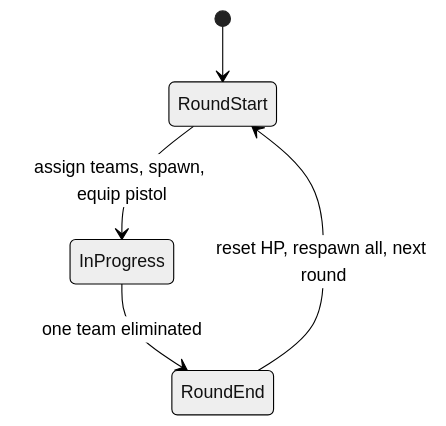
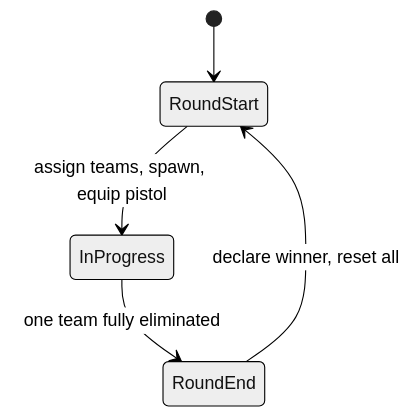
The diagram in specs/current/design.md (MaxiGarcia13/conter-strai), drawn with Mermaid (neutral theme) before and after one commit. The commit also changed other lines of this file and 6 other files, not shown here.

Commit message:
Refine game specifications for Conter Strai; update changelog to clarify round-based PvP mechanics, including win conditions and team elimination rules. Adjust design and requirements documents to ensure consistency in gameplay flow and player interactions.

````diff
--- a/specs/current/design.md
+++ b/specs/current/design.md
@@ -13,7 +13,7 @@
 ```mermaid
 stateDiagram-v2
   [*] --> RoundStart
   RoundStart --> InProgress: assign teams, spawn, equip pistol
-  InProgress --> RoundEnd: one team eliminated
-  RoundEnd --> RoundStart: reset HP, respawn all, next round
+  InProgress --> RoundEnd: one team fully eliminated
+  RoundEnd --> RoundStart: declare winner, reset all
 ```
````
